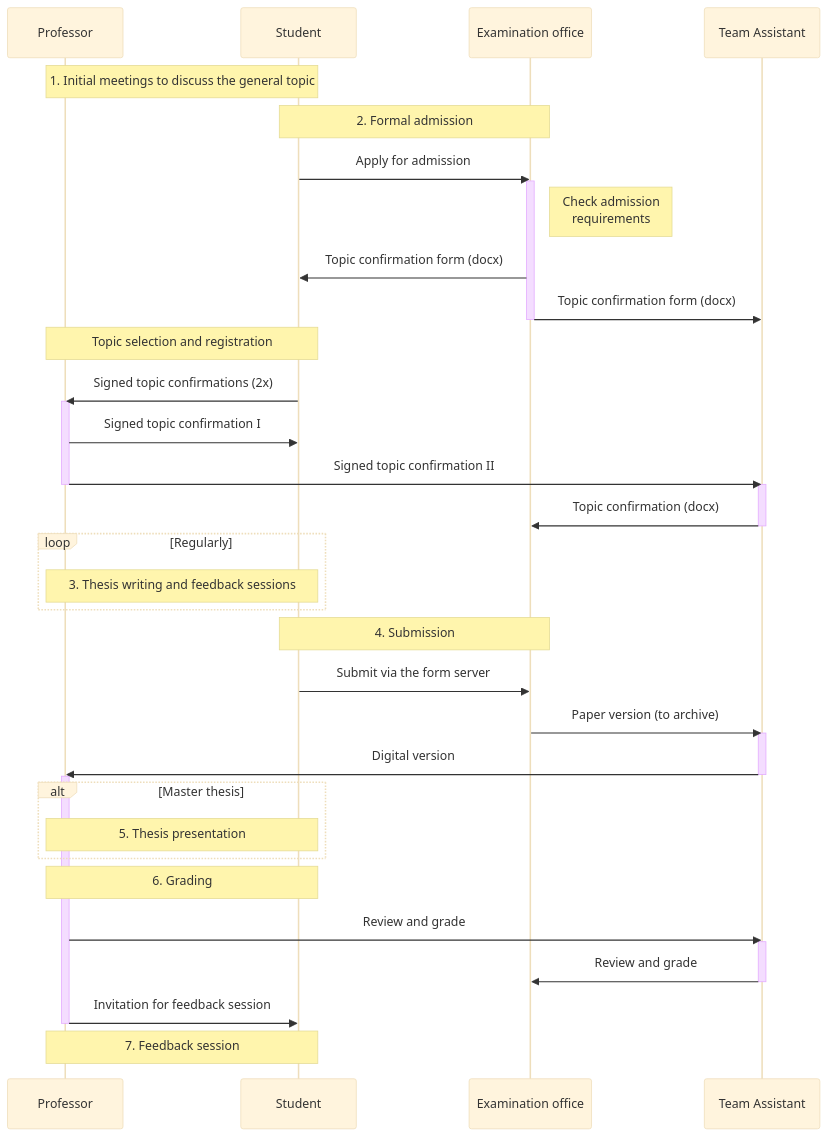
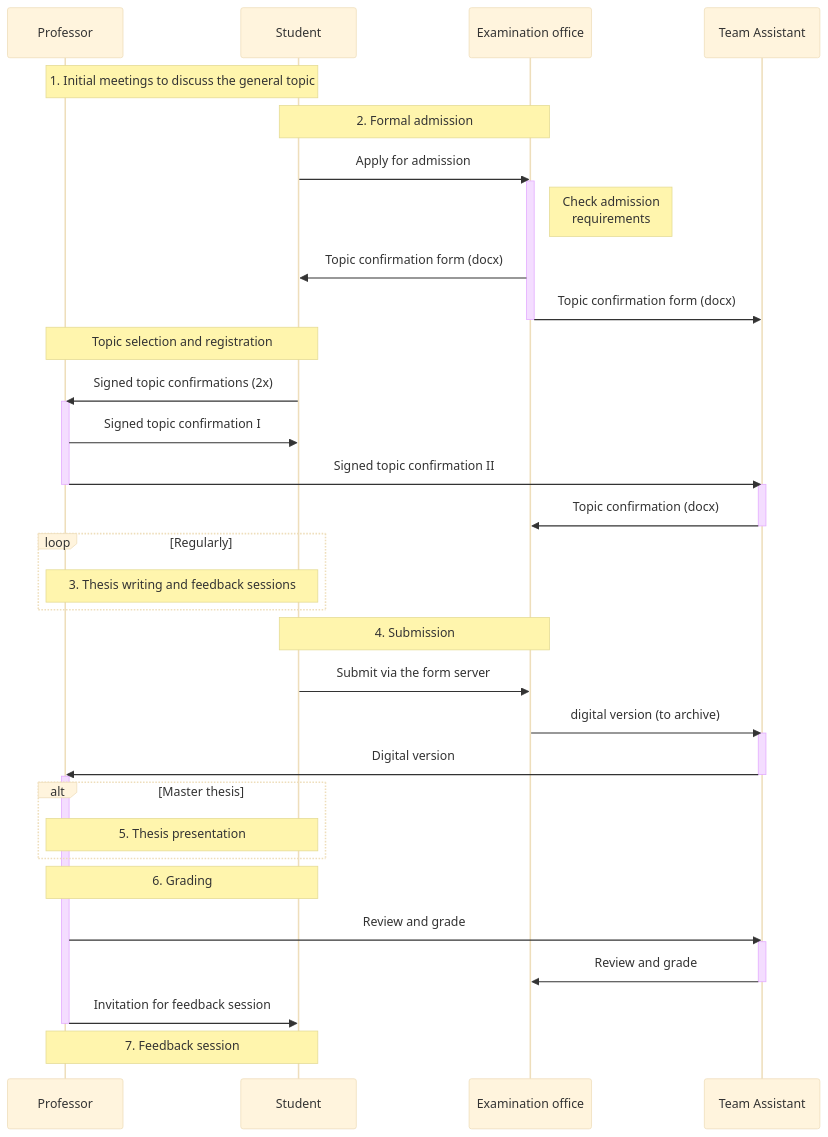
One commit to digital-work-lab/handbook changed the diagram in docs/30-teaching/30_processes/30.40.theses.md. Above: the diagram before and after it, drawn with Mermaid (base theme).

````diff
--- a/docs/30-teaching/30_processes/30.40.theses.md
+++ b/docs/30-teaching/30_processes/30.40.theses.md
@@ -24,41 +24,41 @@
 ```mermaid
 sequenceDiagram
     Note over Professor,Student: 1. Initial meetings to discuss the general topic
     Note over Student,Examination office: 2. Formal admission
     Student->>Examination office: Apply for admission
     activate Examination office
     Note right of Examination office: Check admission<br/>requirements
     Examination office->>Student: Topic confirmation form (docx)
     Examination office->>Team Assistant: Topic confirmation form (docx)
     deactivate Examination office
     Note over Professor,Student: Topic selection and registration
     Student->>Professor: Signed topic confirmations (2x)
     activate Professor
     Professor->>Student: Signed topic confirmation I
     Professor->>Team Assistant: Signed topic confirmation II
     deactivate Professor
     activate Team Assistant
     Team Assistant->>Examination office: Topic confirmation (docx)
     deactivate Team Assistant
     loop Regularly
         Note over Professor,Student: 3. Thesis writing and feedback sessions
     end
         Note over Student,Examination office: 4. Submission
     Student->>Examination office: Submit via the form server
-    Examination office->>Team Assistant: Paper version (to archive)
+    Examination office->>Team Assistant: digital version (to archive)
     activate Team Assistant
     Team Assistant->>Professor: Digital version
     deactivate Team Assistant
     activate Professor
     alt Master thesis
         Note over Professor,Student: 5. Thesis presentation
     end
     Note over Professor,Student: 6. Grading
     Professor->>Team Assistant: Review and grade
     activate Team Assistant
     Team Assistant->>Examination office: Review and grade
     deactivate Team Assistant
     Professor->>Student: Invitation for feedback session
     deactivate Professor
     Note over Professor,Student: 7. Feedback session
 ```
````
